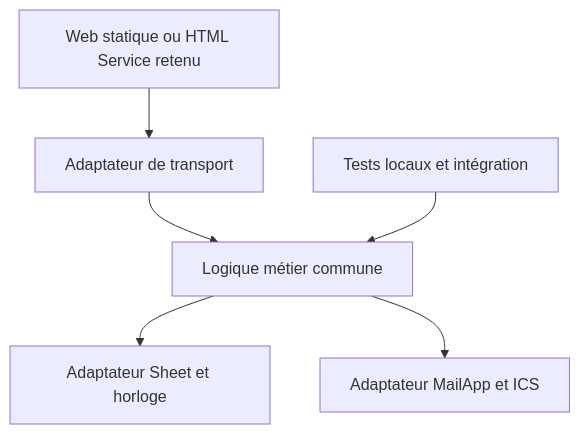
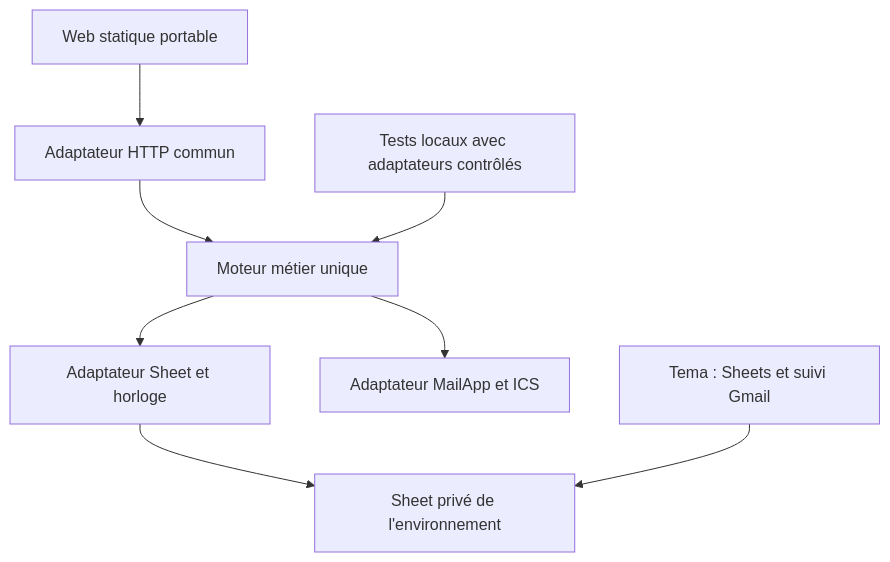
One commit to blackboxdev0/tema-academie changed the first of 2 diagrams in _bmad-output/planning-artifacts/architecture/architecture-tema-academie-2026-10-20/ARCHITECTURE-SPINE.md. Above: the diagram before and after it, drawn with Mermaid. The commit also changed other lines of this file and 27 other files, not shown here.

Commit message:
docs: consolidate Tema V1 architecture and validation gates

````diff
--- a/_bmad-output/planning-artifacts/architecture/architecture-tema-academie-2026-10-20/ARCHITECTURE-SPINE.md
+++ b/_bmad-output/planning-artifacts/architecture/architecture-tema-academie-2026-10-20/ARCHITECTURE-SPINE.md
@@ -63,8 +39,10 @@
 ```mermaid
 flowchart TD
-  UI[Web statique ou HTML Service retenu] --> API[Adaptateur de transport]
-  API --> CORE[Logique métier commune]
+  UI[Web statique portable] --> API[Adaptateur HTTP commun]
+  API --> CORE[Moteur métier unique]
   CORE --> DATA[Adaptateur Sheet et horloge]
   CORE --> MAIL[Adaptateur MailApp et ICS]
-  TEST[Tests locaux et intégration] --> CORE
+  TEST[Tests locaux avec adaptateurs contrôlés] --> CORE
+  DATA --> SHEET[Sheet privé de l'environnement]
+  GEST[Tema : Sheets et suivi Gmail] --> SHEET
 ```
````
